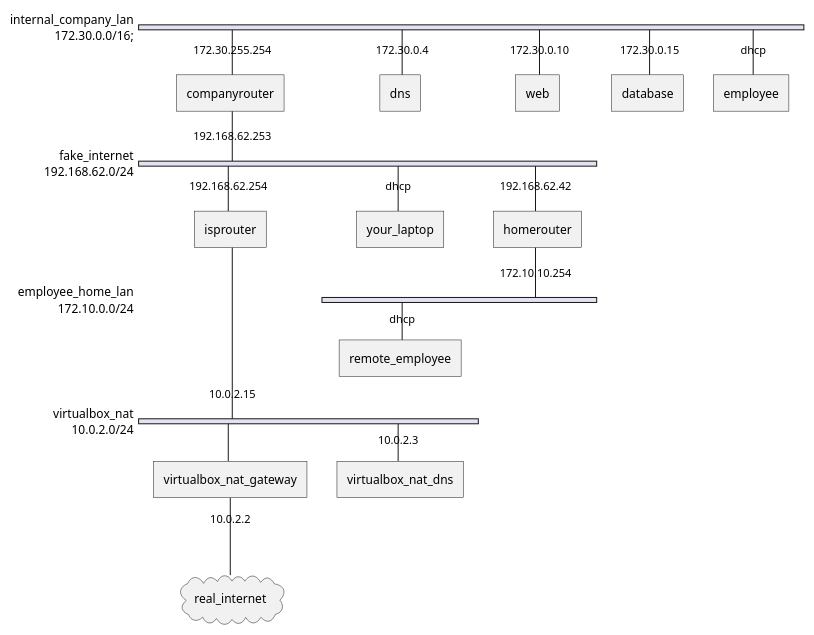
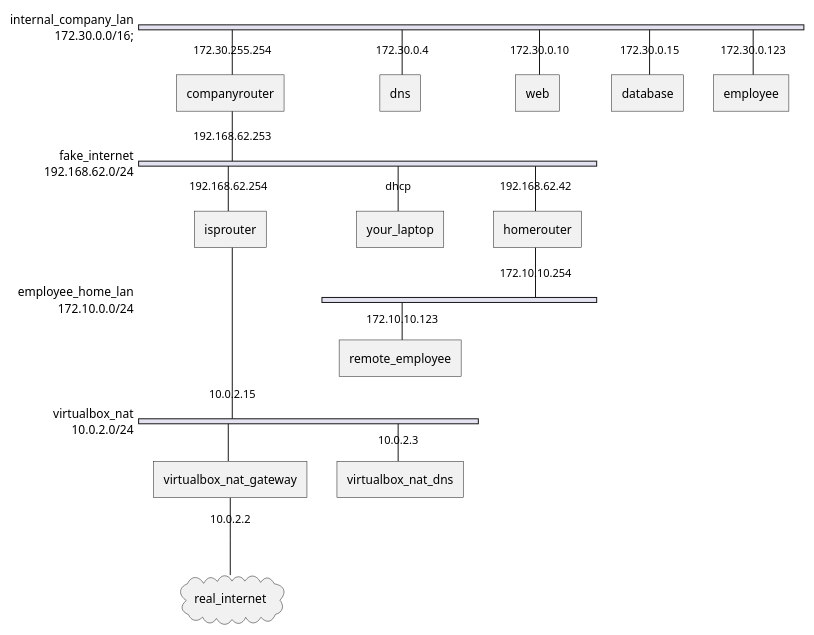
Before and after one commit to nealjoos/cybersecurity-advanced-lab: the diagram in README.md, drawn with PlantUML. The commit also changed other lines of this file and 12 other files, not shown here.

````diff
--- a/README.md
+++ b/README.md
@@ -21,42 +14,42 @@
 ```puml
 @startuml
 nwdiag {
     network internal_company_lan {
         address = 172.30.0.0/16;
 
         companyrouter [address = "172.30.255.254"];
         dns [address = "172.30.0.4"];
         web [address = "172.30.0.10"];
         database [address = "172.30.0.15"];
-        employee [address = "dhcp"];
+        employee [address = "172.30.0.123"];
     }
 
     network fake_internet {
         address = "192.168.62.0/24";
 
         companyrouter [address = "192.168.62.253"];
         isprouter [address = "192.168.62.254"];
         your_laptop [address = "dhcp"];
         homerouter [address = "192.168.62.42"];
     }
 
     network employee_home_lan {
         address = "172.10.0.0/24";
 
         homerouter [address = "172.10.10.254"];
-        remote_employee [address = "dhcp"];
+        remote_employee [address = "172.10.10.123"];
     }
 
     network virtualbox_nat {
         address = "10.0.2.0/24";
 
         isprouter [address = "10.0.2.15"];
         virtualbox_nat_gateway [address = "10.0.2.2"];
         virtualbox_nat_dns [address = "10.0.2.3"];
     }
 
     real_internet [ shape = cloud];
     virtualbox_nat_gateway -- real_internet;
 }
 @enduml
 ```
````
